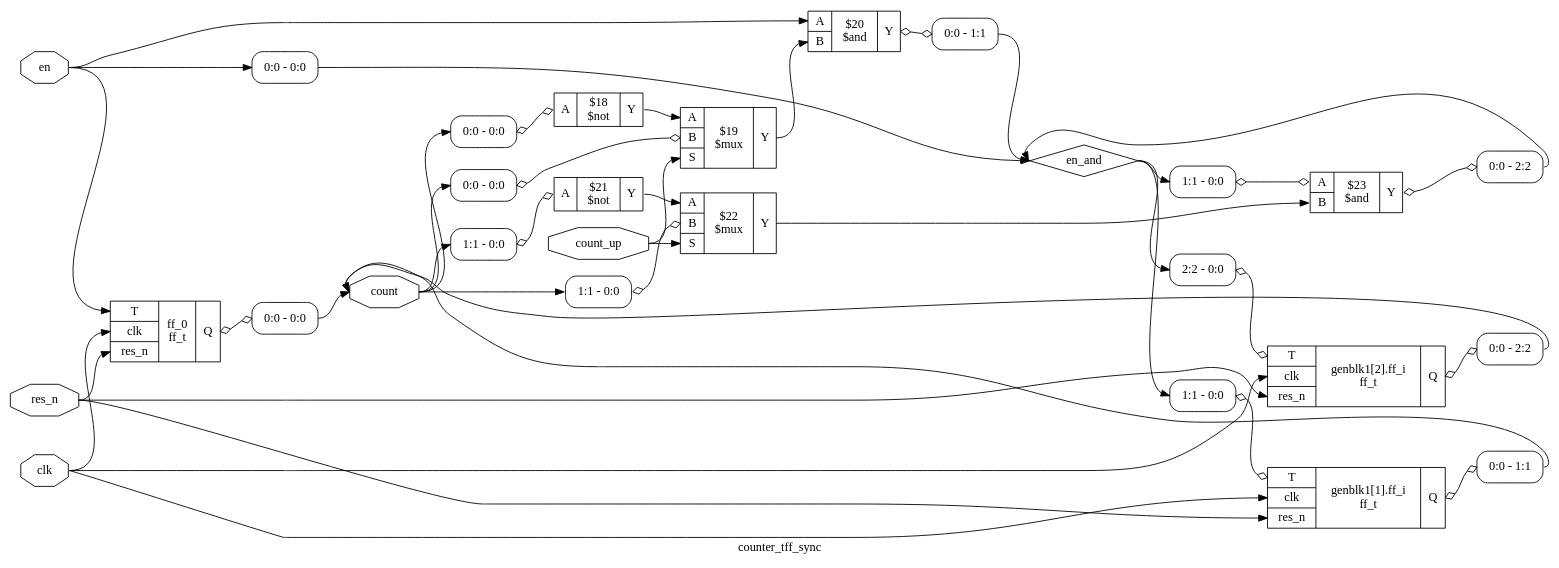
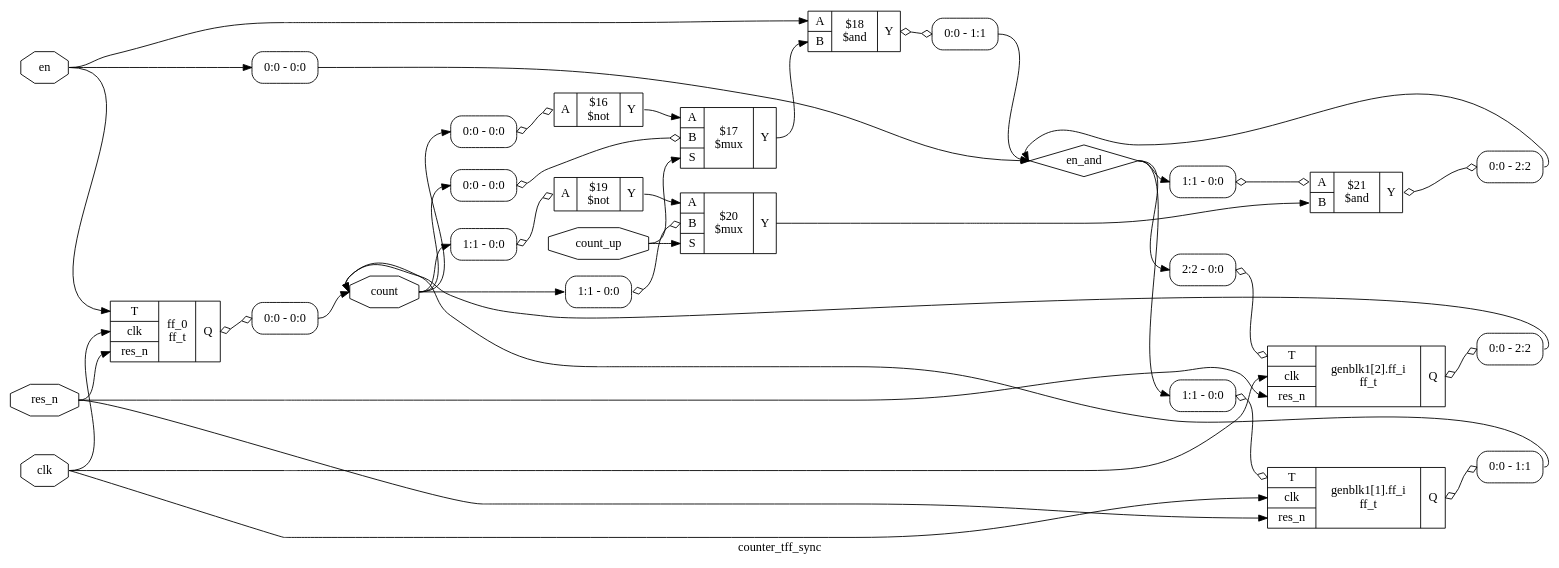
Before and after one commit to ulmitov/verilog: the diagram in synth/counter_tff_sync.dot, drawn with Graphviz. The commit also changed 17 other files, not shown here.

```diff
--- a/synth/counter_tff_sync.dot
+++ b/synth/counter_tff_sync.dot
@@ -1,73 +1,73 @@
 digraph "counter_tff_sync" {
 label="counter_tff_sync";
 rankdir="LR";
 remincross=true;
 n5 [ shape=octagon, label="clk", color="black", fontcolor="black"];
 n6 [ shape=octagon, label="count", color="black", fontcolor="black"];
 n7 [ shape=octagon, label="count_up", color="black", fontcolor="black"];
 n8 [ shape=octagon, label="en", color="black", fontcolor="black"];
 n9 [ shape=diamond, label="en_and", color="black", fontcolor="black"];
 n10 [ shape=octagon, label="res_n", color="black", fontcolor="black"];
-c14 [ shape=record, label="{{<p11> A|<p12> B}|$20\n$and|{<p13> Y}}",  ];
+c14 [ shape=record, label="{{<p11> A|<p12> B}|$18\n$and|{<p13> Y}}",  ];
 x0 [ shape=record, style=rounded, label="<s0> 0:0 - 1:1 ", color="black", fontcolor="black" ];
 c14:p13:e -> x0:w [arrowhead=odiamond, arrowtail=odiamond, dir=both, color="black", fontcolor="black", label=""];
-c15 [ shape=record, label="{{<p11> A|<p12> B}|$23\n$and|{<p13> Y}}",  ];
+c15 [ shape=record, label="{{<p11> A|<p12> B}|$21\n$and|{<p13> Y}}",  ];
 x1 [ shape=record, style=rounded, label="<s0> 1:1 - 0:0 ", color="black", fontcolor="black" ];
 x1:e -> c15:p11:w [arrowhead=odiamond, arrowtail=odiamond, dir=both, color="black", fontcolor="black", label=""];
 x2 [ shape=record, style=rounded, label="<s0> 0:0 - 2:2 ", color="black", fontcolor="black" ];
 c15:p13:e -> x2:w [arrowhead=odiamond, arrowtail=odiamond, dir=both, color="black", fontcolor="black", label=""];
-c16 [ shape=record, label="{{<p11> A}|$18\n$not|{<p13> Y}}",  ];
+c16 [ shape=record, label="{{<p11> A}|$16\n$not|{<p13> Y}}",  ];
 x3 [ shape=record, style=rounded, label="<s0> 0:0 - 0:0 ", color="black", fontcolor="black" ];
 x3:e -> c16:p11:w [arrowhead=odiamond, arrowtail=odiamond, dir=both, color="black", fontcolor="black", label=""];
-c17 [ shape=record, label="{{<p11> A}|$21\n$not|{<p13> Y}}",  ];
+c17 [ shape=record, label="{{<p11> A}|$19\n$not|{<p13> Y}}",  ];
 x4 [ shape=record, style=rounded, label="<s0> 1:1 - 0:0 ", color="black", fontcolor="black" ];
 x4:e -> c17:p11:w [arrowhead=odiamond, arrowtail=odiamond, dir=both, color="black", fontcolor="black", label=""];
-c19 [ shape=record, label="{{<p11> A|<p12> B|<p18> S}|$19\n$mux|{<p13> Y}}",  ];
+c19 [ shape=record, label="{{<p11> A|<p12> B|<p18> S}|$17\n$mux|{<p13> Y}}",  ];
 x5 [ shape=record, style=rounded, label="<s0> 0:0 - 0:0 ", color="black", fontcolor="black" ];
 x5:e -> c19:p12:w [arrowhead=odiamond, arrowtail=odiamond, dir=both, color="black", fontcolor="black", label=""];
-c20 [ shape=record, label="{{<p11> A|<p12> B|<p18> S}|$22\n$mux|{<p13> Y}}",  ];
+c20 [ shape=record, label="{{<p11> A|<p12> B|<p18> S}|$20\n$mux|{<p13> Y}}",  ];
 x6 [ shape=record, style=rounded, label="<s0> 1:1 - 0:0 ", color="black", fontcolor="black" ];
 x6:e -> c20:p12:w [arrowhead=odiamond, arrowtail=odiamond, dir=both, color="black", fontcolor="black", label=""];
 c23 [ shape=record, label="{{<p21> T|<p5> clk|<p10> res_n}|ff_0\nff_t|{<p22> Q}}",  ];
 x7 [ shape=record, style=rounded, label="<s0> 0:0 - 0:0 ", color="black", fontcolor="black" ];
 c23:p22:e -> x7:w [arrowhead=odiamond, arrowtail=odiamond, dir=both, color="black", fontcolor="black", label=""];
 c24 [ shape=record, label="{{<p21> T|<p5> clk|<p10> res_n}|genblk1[1].ff_i\nff_t|{<p22> Q}}",  ];
 x8 [ shape=record, style=rounded, label="<s0> 0:0 - 1:1 ", color="black", fontcolor="black" ];
 c24:p22:e -> x8:w [arrowhead=odiamond, arrowtail=odiamond, dir=both, color="black", fontcolor="black", label=""];
 x9 [ shape=record, style=rounded, label="<s0> 1:1 - 0:0 ", color="black", fontcolor="black" ];
 x9:e -> c24:p21:w [arrowhead=odiamond, arrowtail=odiamond, dir=both, color="black", fontcolor="black", label=""];
 c25 [ shape=record, label="{{<p21> T|<p5> clk|<p10> res_n}|genblk1[2].ff_i\nff_t|{<p22> Q}}",  ];
 x10 [ shape=record, style=rounded, label="<s0> 0:0 - 2:2 ", color="black", fontcolor="black" ];
 c25:p22:e -> x10:w [arrowhead=odiamond, arrowtail=odiamond, dir=both, color="black", fontcolor="black", label=""];
 x11 [ shape=record, style=rounded, label="<s0> 2:2 - 0:0 ", color="black", fontcolor="black" ];
 x11:e -> c25:p21:w [arrowhead=odiamond, arrowtail=odiamond, dir=both, color="black", fontcolor="black", label=""];
 x12 [ shape=record, style=rounded, label="<s0> 0:0 - 0:0 ", color="black", fontcolor="black" ];
 c16:p13:e -> c19:p11:w [color="black", fontcolor="black", label=""];
 n10:e -> c23:p10:w [color="black", fontcolor="black", label=""];
 n10:e -> c24:p10:w [color="black", fontcolor="black", label=""];
 n10:e -> c25:p10:w [color="black", fontcolor="black", label=""];
 c17:p13:e -> c20:p11:w [color="black", fontcolor="black", label=""];
 c19:p13:e -> c14:p12:w [color="black", fontcolor="black", label=""];
 c20:p13:e -> c15:p12:w [color="black", fontcolor="black", label=""];
 n5:e -> c23:p5:w [color="black", fontcolor="black", label=""];
 n5:e -> c24:p5:w [color="black", fontcolor="black", label=""];
 n5:e -> c25:p5:w [color="black", fontcolor="black", label=""];
 x10:s0:e -> n6:w [color="black", fontcolor="black", label=""];
 x7:s0:e -> n6:w [color="black", fontcolor="black", label=""];
 x8:s0:e -> n6:w [color="black", fontcolor="black", label=""];
 n6:e -> x3:s0:w [color="black", fontcolor="black", label=""];
 n6:e -> x4:s0:w [color="black", fontcolor="black", label=""];
 n6:e -> x5:s0:w [color="black", fontcolor="black", label=""];
 n6:e -> x6:s0:w [color="black", fontcolor="black", label=""];
 n7:e -> c19:p18:w [color="black", fontcolor="black", label=""];
 n7:e -> c20:p18:w [color="black", fontcolor="black", label=""];
 n8:e -> c14:p11:w [color="black", fontcolor="black", label=""];
 n8:e -> c23:p21:w [color="black", fontcolor="black", label=""];
 n8:e -> x12:w [color="black", fontcolor="black", label=""];
 x0:s0:e -> n9:w [color="black", fontcolor="black", label=""];
 x12:s0:e -> n9:w [color="black", fontcolor="black", label=""];
 x2:s0:e -> n9:w [color="black", fontcolor="black", label=""];
 n9:e -> x11:s0:w [color="black", fontcolor="black", label=""];
 n9:e -> x1:s0:w [color="black", fontcolor="black", label=""];
 n9:e -> x9:s0:w [color="black", fontcolor="black", label=""];
 }
```
